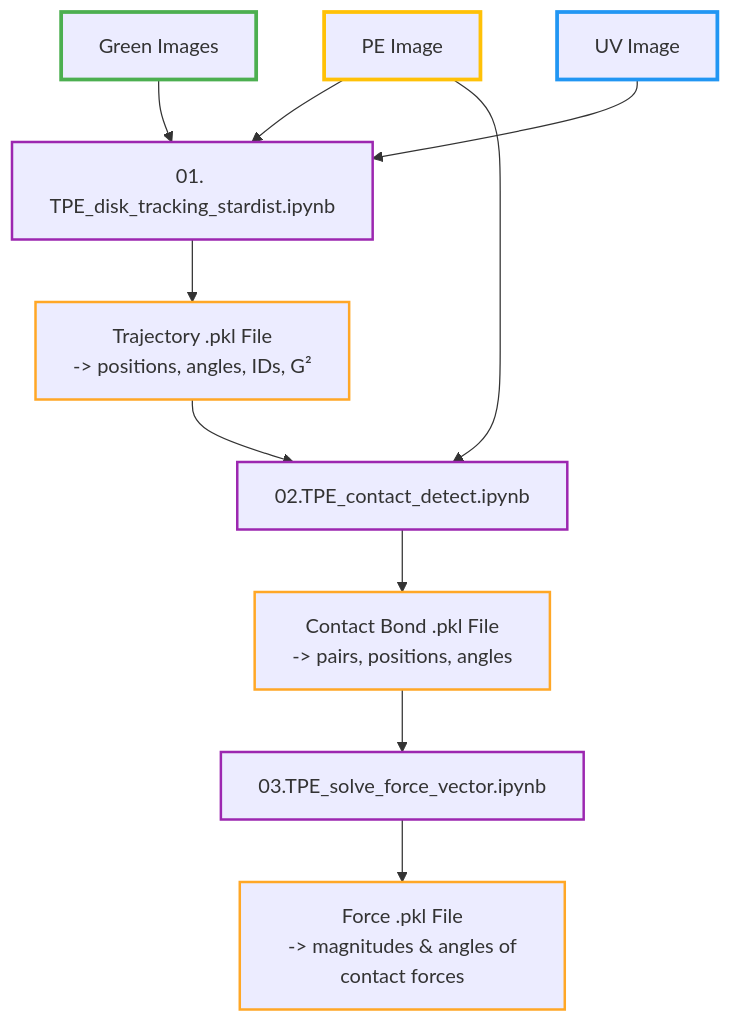
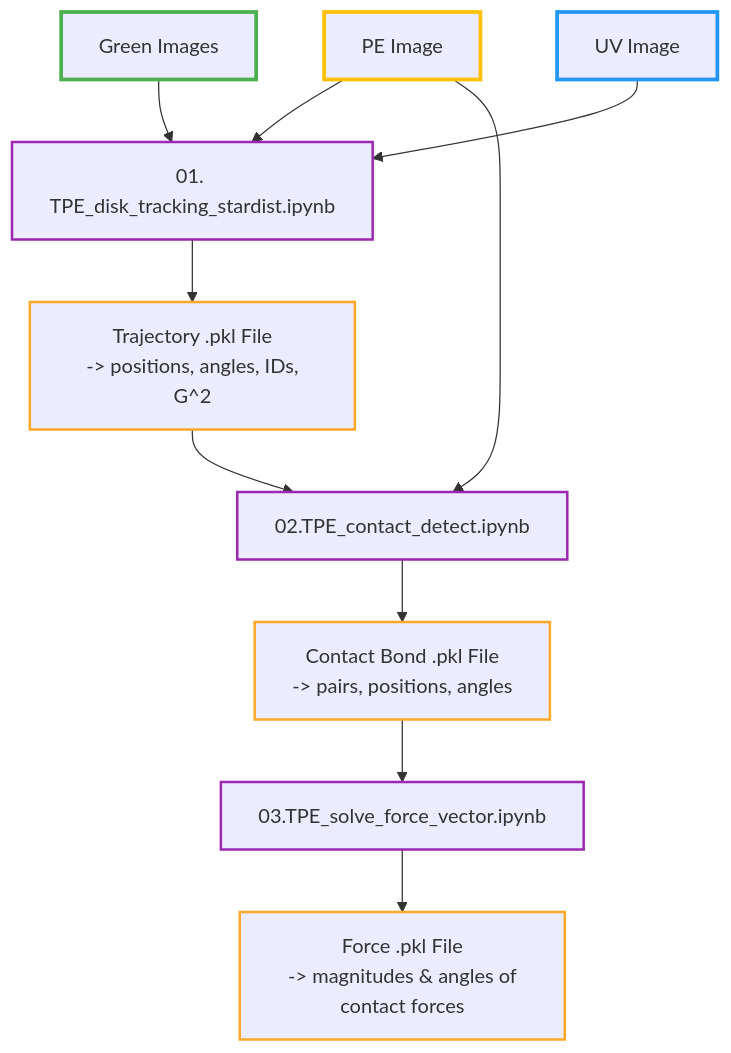
The diagram in README.md (linjunJR/TPE_Disk_Image_Processing), drawn with Mermaid before and after one commit. The commit also changed other lines of this file, not shown here.

````diff
--- a/README.md
+++ b/README.md
@@ -21,23 +27,23 @@
 ```mermaid
 
 flowchart TD
     I1[Green Images] --> B[01. TPE_disk_tracking_stardist.ipynb]
     I2[UV Image] --> B
     I3[PE Image] --> B
     I3 --> D
-    B --> C[Trajectory .pkl File<br/> -> positions, angles, IDs, G²]
+    B --> C[Trajectory .pkl File<br/> -> positions, angles, IDs, G^2]
     C --> D[02.TPE_contact_detect.ipynb]
     D --> E[Contact Bond .pkl File<br/> -> pairs, positions, angles]
     E --> F[03.TPE_solve_force_vector.ipynb]
     F --> G[Force .pkl File<br/> -> magnitudes & angles of contact forces]
         
     style I1 stroke:#4CAF50,stroke-width:3px
     style I2 stroke:#2196F3,stroke-width:3px
     style I3 stroke:#FFC107,stroke-width:3px
     style C stroke:#FFA726,stroke-width:2px
     style E stroke:#FFA726,stroke-width:2px
     style G stroke:#FFA726,stroke-width:2px
     style B stroke:#9C27B0,stroke-width:2px
     style D stroke:#9C27B0,stroke-width:2px
     style F stroke:#9C27B0,stroke-width:2px
 ```
````
